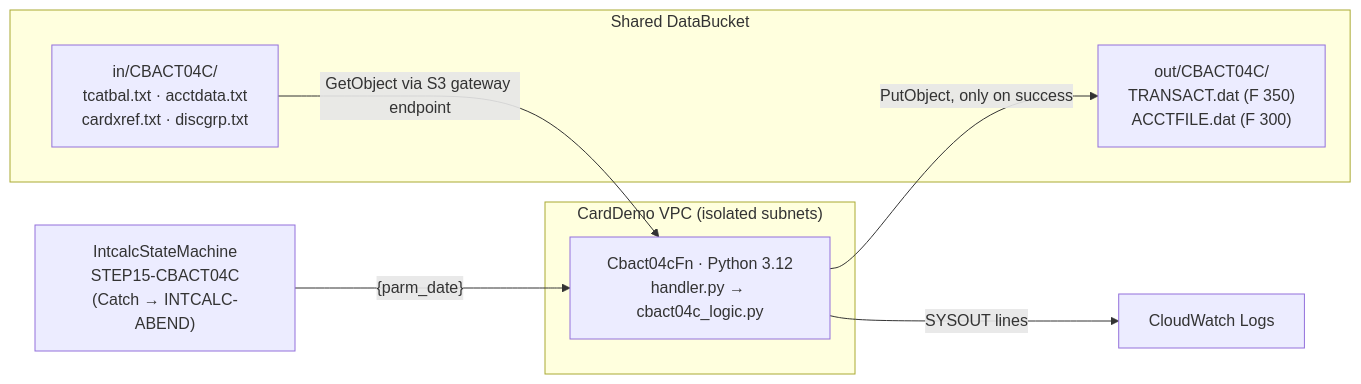
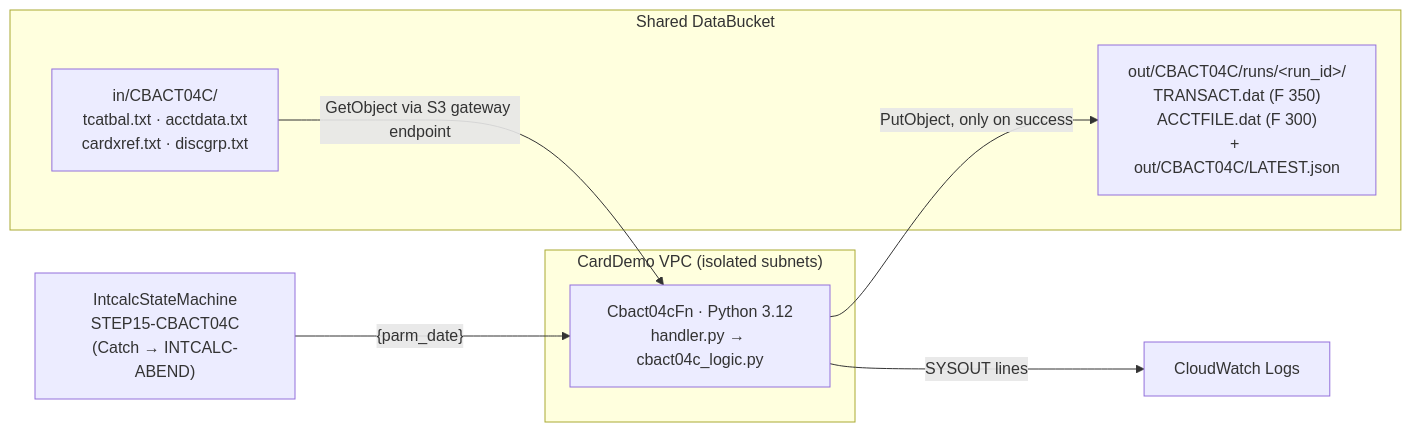
Before and after one commit to jennshumann/carddemo-devin: the diagram in modernized/CBACT04C/README.md, drawn with Mermaid. The commit also changed other lines of this file and 9 other files, not shown here.

Commit message:
CBACT04C: commit outputs via LATEST.json manifest, explicit input record format, read own out/ prefix, PARM truncated to 10 bytes

````diff
--- a/modernized/CBACT04C/README.md
+++ b/modernized/CBACT04C/README.md
@@ -7,14 +7,14 @@
 ```mermaid
 flowchart LR
     SFN["IntcalcStateMachine<br/>STEP15-CBACT04C<br/>(Catch → INTCALC-ABEND)"] -->|"{parm_date}"| FN
     subgraph S3["Shared DataBucket"]
         IN["in/CBACT04C/<br/>tcatbal.txt · acctdata.txt<br/>cardxref.txt · discgrp.txt"]
-        OUT["out/CBACT04C/<br/>TRANSACT.dat (F 350)<br/>ACCTFILE.dat (F 300)"]
+        OUT["out/CBACT04C/runs/&lt;run_id&gt;/<br/>TRANSACT.dat (F 350)<br/>ACCTFILE.dat (F 300)<br/>+ out/CBACT04C/LATEST.json"]
     end
     subgraph VPC["CardDemo VPC (isolated subnets)"]
         FN["Cbact04cFn · Python 3.12<br/>handler.py → cbact04c_logic.py"]
     end
     IN -->|GetObject via S3 gateway endpoint| FN
     FN -->|PutObject, only on success| OUT
     FN -->|SYSOUT lines| CW["CloudWatch Logs"]
 ```
````
